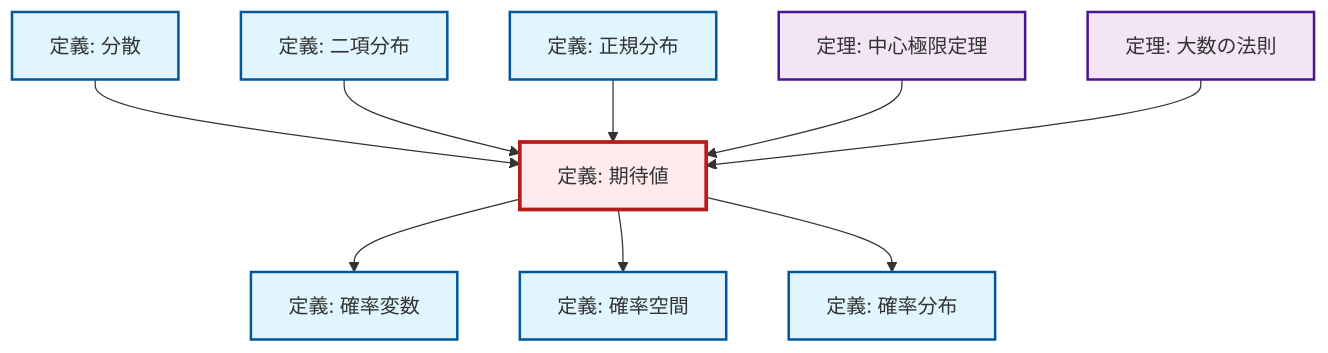
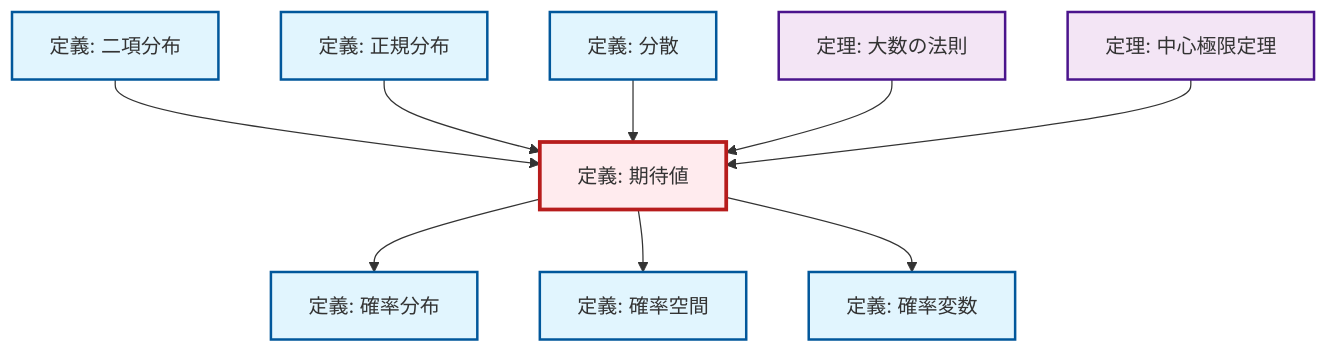
Before and after one commit to RK0429/ModernMath: the second of 2 diagrams in content/ja/probability-statistics/def-expectation.qmd, drawn with Mermaid. The commit also changed 672 other files, not shown here.

````diff
--- a/content/ja/probability-statistics/def-expectation.qmd
+++ b/content/ja/probability-statistics/def-expectation.qmd
@@ -89,35 +89,35 @@
 ```{mermaid}
-%%| fig-cap: "Local dependency graph"
+%%| fig-cap: "ローカル依存関係グラフ"
 graph TD
     classDef definition fill:#e1f5fe,stroke:#01579b,stroke-width:2px
     classDef theorem fill:#f3e5f5,stroke:#4a148c,stroke-width:2px
     classDef axiom fill:#fff3e0,stroke:#e65100,stroke-width:2px
     classDef example fill:#e8f5e9,stroke:#1b5e20,stroke-width:2px
     classDef current fill:#ffebee,stroke:#b71c1c,stroke-width:3px
-    def-probability-distribution["定義: 確率分布"]:::definition
-    def-expectation["定義: 期待値"]:::definition
-    thm-central-limit["定理: 中心極限定理"]:::theorem
-    def-random-variable["定義: 確率変数"]:::definition
+    def-normal-distribution["定義: 正規分布"]:::definition
+    def-probability-space["定義: 確率空間"]:::definition
     def-binomial-distribution["定義: 二項分布"]:::definition
     thm-law-of-large-numbers["定理: 大数の法則"]:::theorem
-    def-normal-distribution["定義: 正規分布"]:::definition
-    def-probability-space["定義: 確率空間"]:::definition
+    def-expectation["定義: 期待値"]:::definition
+    def-probability-distribution["定義: 確率分布"]:::definition
+    thm-central-limit["定理: 中心極限定理"]:::theorem
     def-variance["定義: 分散"]:::definition
-    def-expectation --> def-random-variable
-    def-variance --> def-expectation
+    def-random-variable["定義: 確率変数"]:::definition
+    def-expectation --> def-probability-distribution
     def-binomial-distribution --> def-expectation
     def-expectation --> def-probability-space
-    def-expectation --> def-probability-distribution
     def-normal-distribution --> def-expectation
+    def-variance --> def-expectation
+    thm-law-of-large-numbers --> def-expectation
+    def-expectation --> def-random-variable
     thm-central-limit --> def-expectation
-    thm-law-of-large-numbers --> def-expectation
     class def-expectation current
+    click def-normal-distribution "def-normal-distribution.html" "正規分布の定義へ"
+    click def-probability-space "def-probability-space.html" "確率空間の定義へ"
+    click def-binomial-distribution "def-binomial-distribution.html" "二項分布の定義へ"
+    click thm-law-of-large-numbers "thm-law-of-large-numbers.html" "大数の法則の定理へ"
     click def-probability-distribution "def-probability-distribution.html" "確率分布の定義へ"
     click thm-central-limit "thm-central-limit.html" "中心極限定理の定理へ"
+    click def-variance "def-variance.html" "分散の定義へ"
     click def-random-variable "def-random-variable.html" "確率変数の定義へ"
-    click def-binomial-distribution "def-binomial-distribution.html" "二項分布の定義へ"
-    click thm-law-of-large-numbers "thm-law-of-large-numbers.html" "大数の法則の定理へ"
-    click def-normal-distribution "def-normal-distribution.html" "正規分布の定義へ"
-    click def-probability-space "def-probability-space.html" "確率空間の定義へ"
-    click def-variance "def-variance.html" "分散の定義へ"
 ```
````
